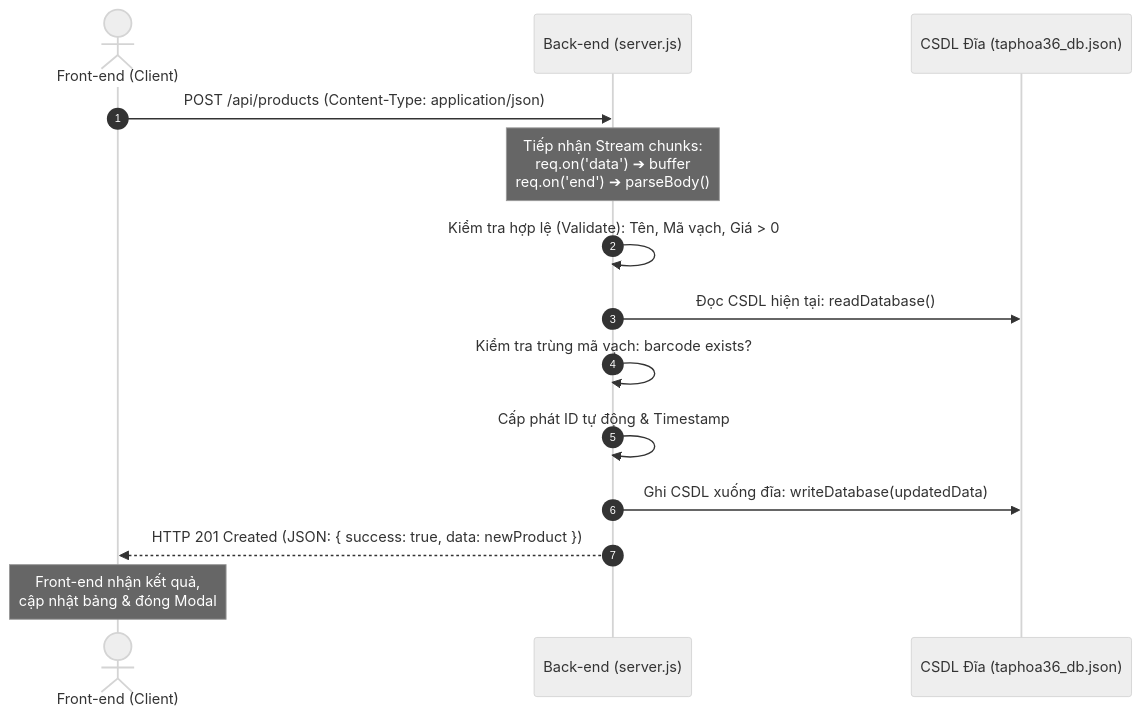
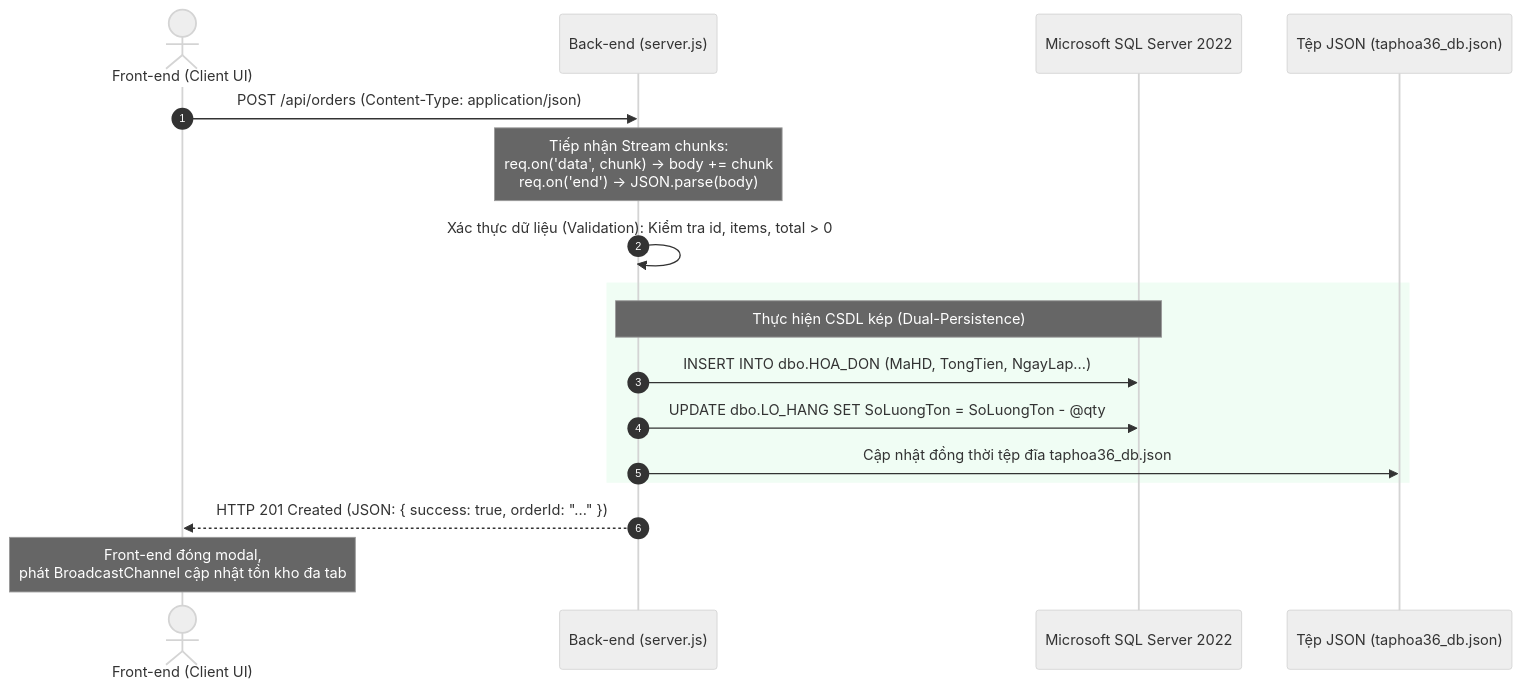
The second of 3 diagrams in docs/Bao_Cao_Thuc_Chung_Nghiem_Thu_Web_UTH.md (huy26232/11-taphoa36), drawn with Mermaid (neutral theme) before and after one commit. The commit also changed other lines of this file and 4 other files, not shown here.

````diff
--- a/docs/Bao_Cao_Thuc_Chung_Nghiem_Thu_Web_UTH.md
+++ b/docs/Bao_Cao_Thuc_Chung_Nghiem_Thu_Web_UTH.md
@@ -210,17 +272,22 @@
 ```mermaid
 sequenceDiagram
     autonumber
-    actor Client as Front-end (Client)
+    actor Client as Front-end (Client UI)
     participant Server as Back-end (server.js)
-    participant Disk as CSDL Đĩa (taphoa36_db.json)
+    participant SQL as Microsoft SQL Server 2022
+    participant Disk as Tệp JSON (taphoa36_db.json)
 
-    Client->>Server: POST /api/products (Content-Type: application/json)
-    Note over Server: Tiếp nhận Stream chunks:<br/>req.on('data') ➔ buffer<br/>req.on('end') ➔ parseBody()
-    Server->>Server: Kiểm tra hợp lệ (Validate): Tên, Mã vạch, Giá > 0
-    Server->>Disk: Đọc CSDL hiện tại: readDatabase()
-    Server->>Server: Kiểm tra trùng mã vạch: barcode exists?
-    Server->>Server: Cấp phát ID tự động & Timestamp
-    Server->>Disk: Ghi CSDL xuống đĩa: writeDatabase(updatedData)
-    Server-->>Client: HTTP 201 Created (JSON: { success: true, data: newProduct })
-    Note over Client: Front-end nhận kết quả,<br/>cập nhật bảng & đóng Modal
+    Client->>Server: POST /api/orders (Content-Type: application/json)
+    Note over Server: Tiếp nhận Stream chunks:<br/>req.on('data', chunk) -> body += chunk<br/>req.on('end') -> JSON.parse(body)
+    Server->>Server: Xác thực dữ liệu (Validation): Kiểm tra id, items, total > 0
+    
+    rect rgb(240, 253, 244)
+    Note over Server,SQL: Thực hiện CSDL kép (Dual-Persistence)
+    Server->>SQL: INSERT INTO dbo.HOA_DON (MaHD, TongTien, NgayLap...)
+    Server->>SQL: UPDATE dbo.LO_HANG SET SoLuongTon = SoLuongTon - @qty
+    Server->>Disk: Cập nhật đồng thời tệp đĩa taphoa36_db.json
+    end
+
+    Server-->>Client: HTTP 201 Created (JSON: { success: true, orderId: "..." })
+    Note over Client: Front-end đóng modal,<br/>phát BroadcastChannel cập nhật tồn kho đa tab
 ```
````
